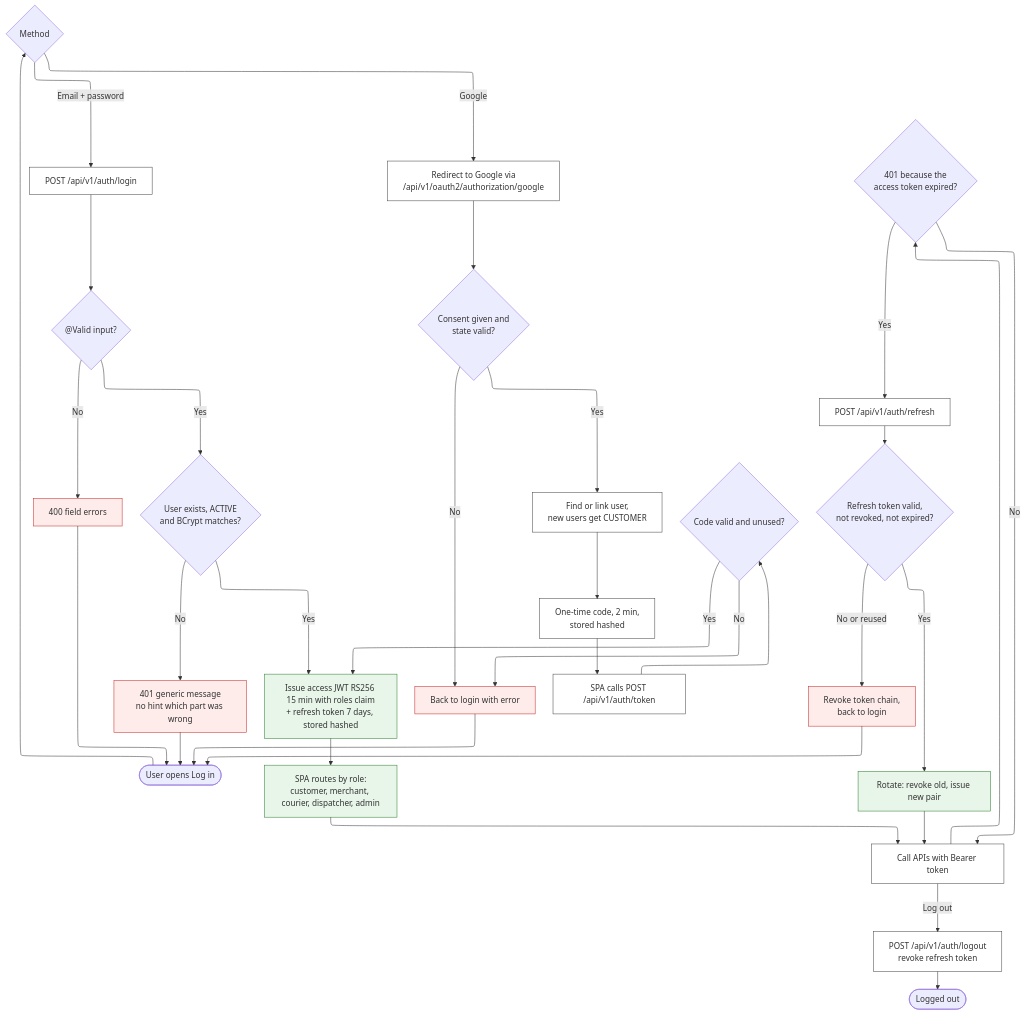
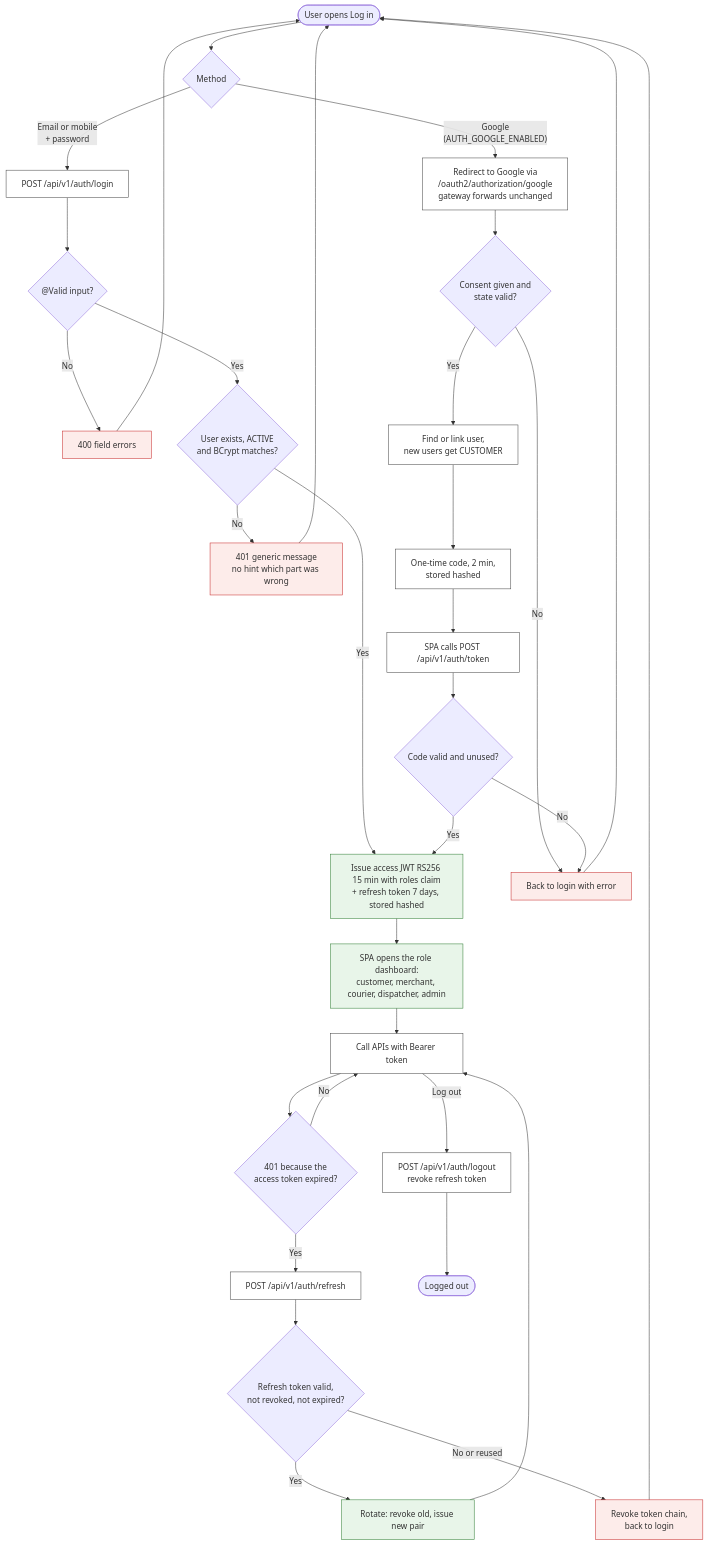
Before and after one commit to Sachintha-dilshan49/SwiftDrop: the diagram in docs/diagrams/flowchart/flow-login.mmd, drawn with Mermaid. The commit also changed 15 other files, not shown here.

First line of the commit message:
docs(diagrams): apply team decisions to login, er and guest diagrams

```diff
--- a/docs/diagrams/flowchart/flow-login.mmd
+++ b/docs/diagrams/flowchart/flow-login.mmd
@@ -1,36 +1,34 @@
----
-config:
-  layout: elk
----
 %% Flowchart — login, Google login and token refresh · Role 1 (Role 2 to review)
-%% Source: docs/architecture.md v1.1 §9 (passwords, tokens, Google login), §10.4; detail in seq-oauth2-google-login
+%% Source: docs/architecture.md v1.2 §6.1, §9 (passwords, tokens, Google login), §10.4; detail in seq-oauth2-google-login
+%% Google login uses Spring's default paths /oauth2/** and /login/oauth2/**, forwarded unchanged by the gateway,
+%% and is only offered when AUTH_GOOGLE_ENABLED=true. Password login accepts an email or a mobile number.
 flowchart TD
   classDef ok fill:#e8f5e9,stroke:#2e7d32
   classDef err fill:#fdecea,stroke:#c62828
   classDef step fill:#ffffff,stroke:#444
 
   S([User opens Log in]) --> W{Method}
-  W -- "Email + password" --> P[POST /api/v1/auth/login]:::step
+  W -- "Email or mobile<br/>+ password" --> P[POST /api/v1/auth/login]:::step
   P --> V{"@Valid input?"}
   V -- No --> E400[400 field errors]:::err --> S
   V -- Yes --> U{User exists, ACTIVE<br/>and BCrypt matches?}
   U -- No --> E401[401 generic message<br/>no hint which part was wrong]:::err --> S
   U -- Yes --> ISSUE
-  W -- "Google" --> G[Redirect to Google via<br/>/api/v1/oauth2/authorization/google]:::step
+  W -- "Google<br/>(AUTH_GOOGLE_ENABLED)" --> G[Redirect to Google via<br/>/oauth2/authorization/google<br/>gateway forwards unchanged]:::step
   G --> GC{Consent given and<br/>state valid?}
   GC -- No --> GE[Back to login with error]:::err --> S
   GC -- Yes --> GU[Find or link user,<br/>new users get CUSTOMER]:::step
   GU --> OTC[One-time code, 2 min,<br/>stored hashed]:::step
   OTC --> EX[SPA calls POST /api/v1/auth/token]:::step
   EX --> EXV{Code valid and unused?}
   EXV -- No --> GE
   EXV -- Yes --> ISSUE[Issue access JWT RS256 15 min with roles claim<br/>+ refresh token 7 days, stored hashed]:::ok
-  ISSUE --> HOME[SPA routes by role:<br/>customer, merchant, courier, dispatcher, admin]:::ok
+  ISSUE --> HOME[SPA opens the role dashboard:<br/>customer, merchant, courier, dispatcher, admin]:::ok
   HOME --> CALL[Call APIs with Bearer token]:::step
   CALL --> EXP{401 because the<br/>access token expired?}
   EXP -- No --> CALL
   EXP -- Yes --> REF[POST /api/v1/auth/refresh]:::step
   REF --> RV{Refresh token valid,<br/>not revoked, not expired?}
   RV -- Yes --> ROT[Rotate: revoke old, issue new pair]:::ok --> CALL
   RV -- "No or reused" --> OUT[Revoke token chain,<br/>back to login]:::err --> S
   CALL -- "Log out" --> LO[POST /api/v1/auth/logout<br/>revoke refresh token]:::step --> END([Logged out])
```
